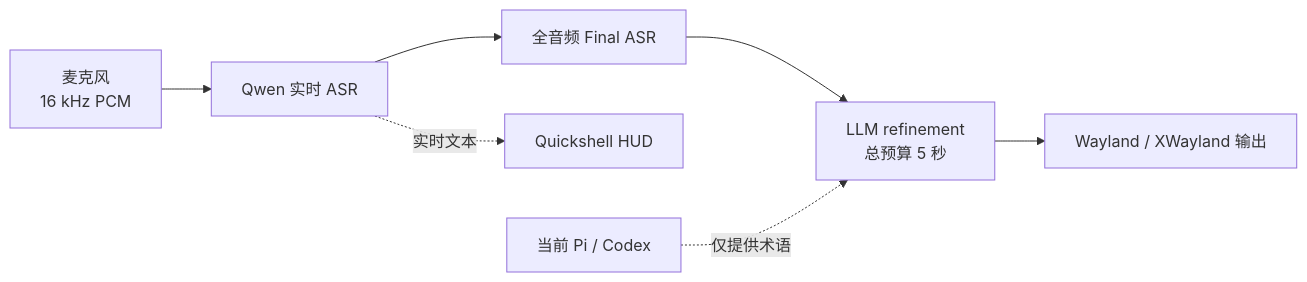
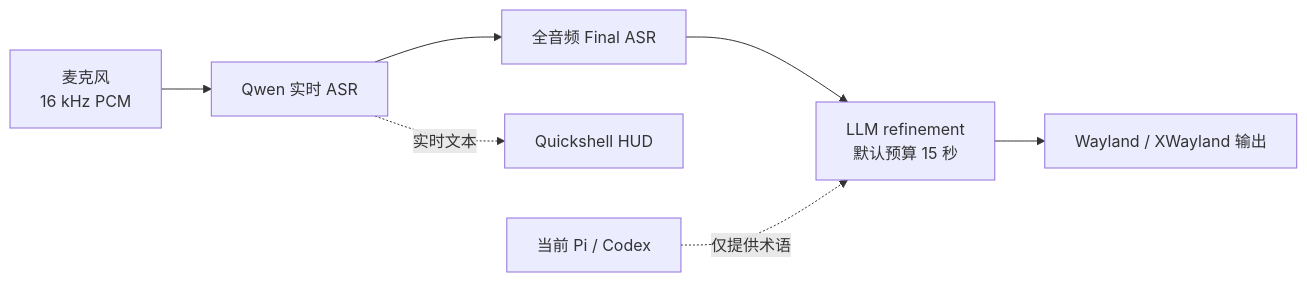
The diagram in README.zh-CN.md (Saco93/voice-input), drawn with Mermaid before and after one commit. The commit also changed other lines of this file and 8 other files, not shown here.

````diff
--- a/README.zh-CN.md
+++ b/README.zh-CN.md
@@ -16,9 +16,9 @@
 ```mermaid
 flowchart LR
     Mic[麦克风<br/>16 kHz PCM] --> RT[Qwen 实时 ASR]
     RT --> Final[全音频 Final ASR]
-    Final --> LLM[LLM refinement<br/>总预算 5 秒]
+    Final --> LLM[LLM refinement<br/>默认预算 15 秒]
     LLM --> Out[Wayland / XWayland 输出]
     RT -. 实时文本 .-> HUD[Quickshell HUD]
     Agent[当前 Pi / Codex] -. 仅提供术语 .-> LLM
 ```
````
